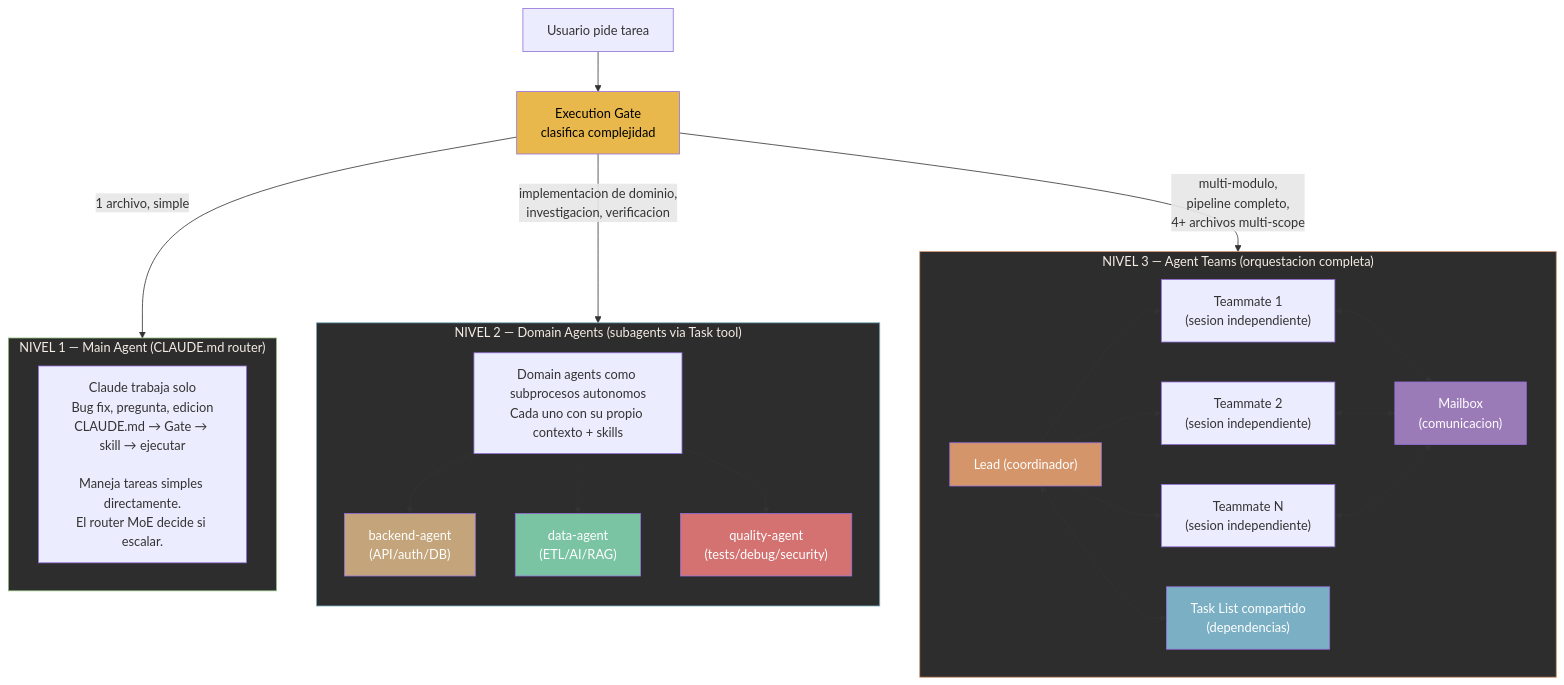
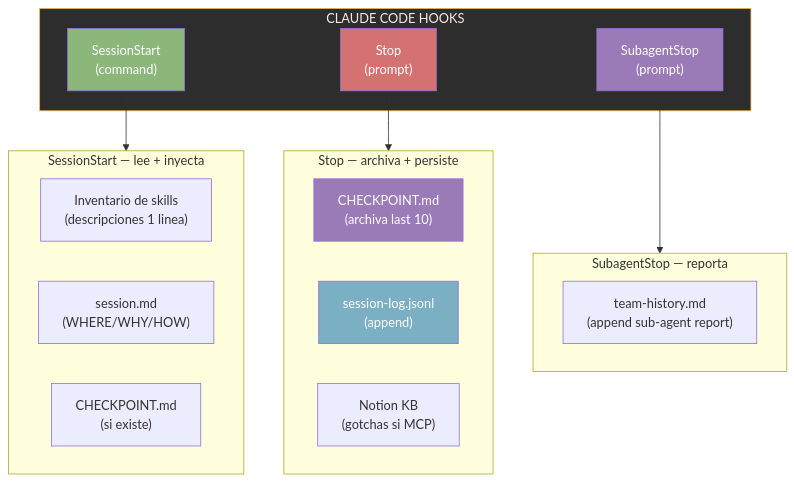
One commit to jota-batuta/batuta-dots changed the tenth of 14 diagrams in docs/architecture/arquitectura-diagrama.md. Above: the diagram before and after it, drawn with Mermaid. The commit also changed other lines of this file and 120 other files, not shown here.

````diff
--- a/docs/architecture/arquitectura-diagrama.md
+++ b/docs/architecture/arquitectura-diagrama.md
@@ -659,54 +358,35 @@
 ```mermaid
 flowchart TD
-    USER["Usuario pide tarea"]
-    GATE["Execution Gate<br/>clasifica complejidad"]
-
-    subgraph NIVEL1["NIVEL 1 — Main Agent (CLAUDE.md router)"]
-        SOLO["Claude trabaja solo<br/>Bug fix, pregunta, edicion<br/>CLAUDE.md → Gate → skill → ejecutar<br/><br/>Maneja tareas simples directamente.<br/>El router MoE decide si escalar."]
+    subgraph HOOKS["CLAUDE CODE HOOKS"]
+        SS["SessionStart<br/>(command)"]
+        STOP_H["Stop<br/>(prompt)"]
+        SUB_STOP["SubagentStop<br/>(prompt)"]
     end
 
-    subgraph NIVEL2["NIVEL 2 — Domain Agents (subagents via Task tool)"]
-        direction TB
-        SUBAGENT["Domain agents como subprocesos autonomos<br/>Cada uno con su propio contexto + skills"]
-        BACKEND_SUB["backend-agent<br/>(API/auth/DB)"]
-        DATA_SUB["data-agent<br/>(ETL/AI/RAG)"]
-        QUALITY_SUB["quality-agent<br/>(tests/debug/security)"]
-
-        SUBAGENT --> BACKEND_SUB
-        SUBAGENT --> DATA_SUB
-        SUBAGENT --> QUALITY_SUB
+    subgraph SS_ACTIONS["SessionStart — lee + inyecta"]
+        READ_SKILLS["Inventario de skills<br/>(descripciones 1 linea)"]
+        READ_SESSION_H["session.md<br/>(WHERE/WHY/HOW)"]
+        READ_CP_H["CHECKPOINT.md<br/>(si existe)"]
     end
 
-    subgraph NIVEL3["NIVEL 3 — Agent Teams (orquestacion completa)"]
-        LEAD["Lead (coordinador)"]
-        TM1["Teammate 1<br/>(sesion independiente)"]
-        TM2["Teammate 2<br/>(sesion independiente)"]
-        TM3["Teammate N<br/>(sesion independiente)"]
-        MAILBOX["Mailbox<br/>(comunicacion)"]
-        TASKLIST["Task List compartido<br/>(dependencias)"]
-
-        LEAD --> TM1
-        LEAD --> TM2
-        LEAD --> TM3
-        TM1 <--> MAILBOX
-        TM2 <--> MAILBOX
-        TM3 <--> MAILBOX
-        LEAD <--> TASKLIST
+    subgraph STOP_ACTIONS["Stop — archiva + persiste"]
+        STEP1["CHECKPOINT.md<br/>(archiva last 10)"]
+        STEP2["session-log.jsonl<br/>(append)"]
+        STEP3["Notion KB<br/>(gotchas si MCP)"]
     end
 
-    USER --> GATE
-    GATE -->|"1 archivo, simple"| NIVEL1
-    GATE -->|"implementacion de dominio,<br/>investigacion, verificacion"| NIVEL2
-    GATE -->|"multi-modulo,<br/>pipeline completo,<br/>4+ archivos multi-scope"| NIVEL3
+    subgraph SUB_ACTIONS["SubagentStop — reporta"]
+        TEAM_HIST["team-history.md<br/>(append sub-agent report)"]
+    end
 
-    style NIVEL1 fill:#2d2d2d,stroke:#8BB87A,color:#F5EDE4
-    style NIVEL2 fill:#2d2d2d,stroke:#7AAFC4,color:#F5EDE4
-    style NIVEL3 fill:#2d2d2d,stroke:#D4956A,color:#F5EDE4
-    style GATE fill:#E8B84D,color:#000
-    style LEAD fill:#D4956A,color:#fff
-    style MAILBOX fill:#9B7AB8,color:#fff
-    style TASKLIST fill:#7AAFC4,color:#fff
-    style BACKEND_SUB fill:#C4A47A,color:#fff
-    style DATA_SUB fill:#7AC4A4,color:#fff
-    style QUALITY_SUB fill:#D47272,color:#fff
+    SS --> SS_ACTIONS
+    STOP_H --> STOP_ACTIONS
+    SUB_STOP --> SUB_ACTIONS
+
+    style HOOKS fill:#2d2d2d,stroke:#E8B84D,color:#F5EDE4
+    style SS fill:#8BB87A,color:#fff
+    style STOP_H fill:#D47272,color:#fff
+    style SUB_STOP fill:#9B7AB8,color:#fff
+    style STEP1 fill:#9B7AB8,color:#fff
+    style STEP2 fill:#7AAFC4,color:#fff
 ```
````
